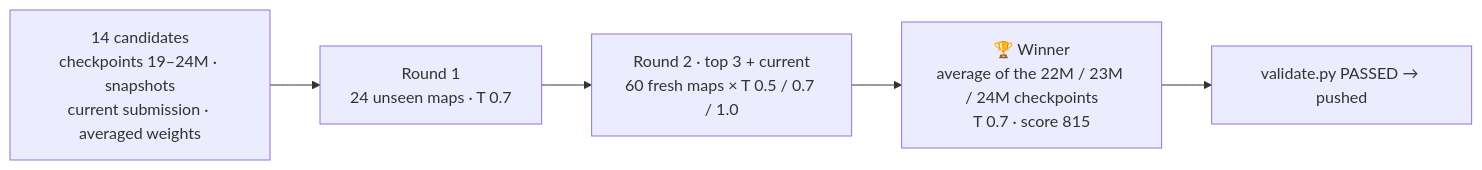
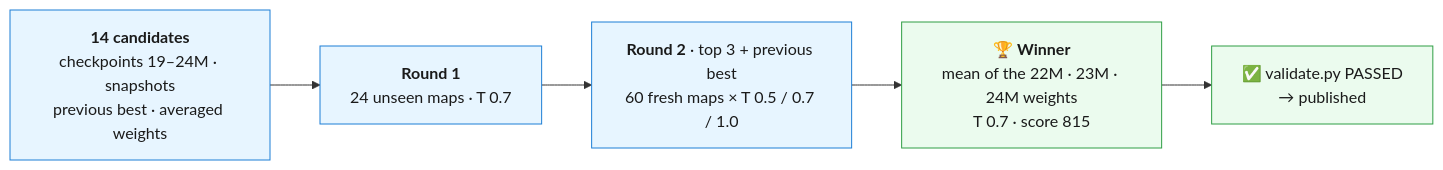
One commit to AnshulMohanty/Agent_Yodha changed the sixth of 6 diagrams in README.md. Above: the diagram before and after it, drawn with Mermaid. The commit also changed other lines of this file, not shown here.

Commit message:
README: standalone project overview, styled diagrams, engineering decisions

````diff
--- a/README.md
+++ b/README.md
@@ -304,7 +372,14 @@
 ```mermaid
 flowchart LR
-    C["14 candidates<br/>checkpoints 19–24M · snapshots<br/>current submission · averaged weights"] --> R1["Round 1<br/>24 unseen maps · T 0.7"]
-    R1 --> R2["Round 2 · top 3 + current<br/>60 fresh maps × T 0.5 / 0.7 / 1.0"]
-    R2 --> W["🏆 Winner<br/>average of the 22M / 23M / 24M checkpoints<br/>T 0.7 · score 815"]
-    W --> V["validate.py PASSED → pushed"]
+    C["<b>14 candidates</b><br/>checkpoints 19–24M · snapshots<br/>previous best · averaged weights"]
+    R1["<b>Round 1</b><br/>24 unseen maps · T 0.7"]
+    R2["<b>Round 2</b> · top 3 + previous best<br/>60 fresh maps × T 0.5 / 0.7 / 1.0"]
+    W["🏆 <b>Winner</b><br/>mean of the 22M · 23M · 24M weights<br/>T 0.7 · score 815"]
+    V["✅ validate.py PASSED<br/>→ published"]
+    C --> R1 --> R2 --> W --> V
+
+    classDef s fill:#e7f5ff,stroke:#1c7ed6,color:#1a1a1a
+    classDef w fill:#ebfbee,stroke:#2f9e44,color:#1a1a1a
+    class C,R1,R2 s
+    class W,V w
 ```
````
